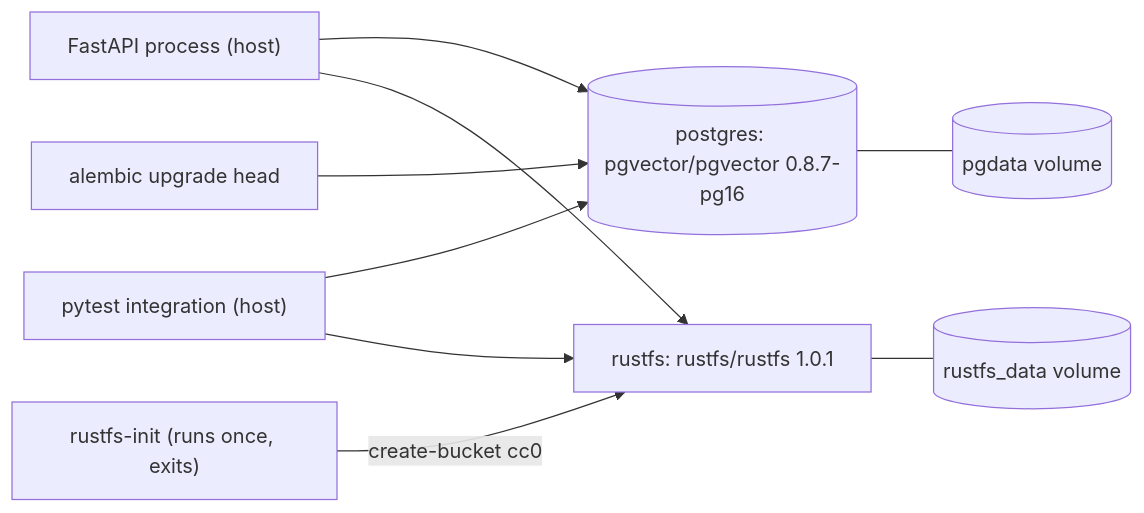
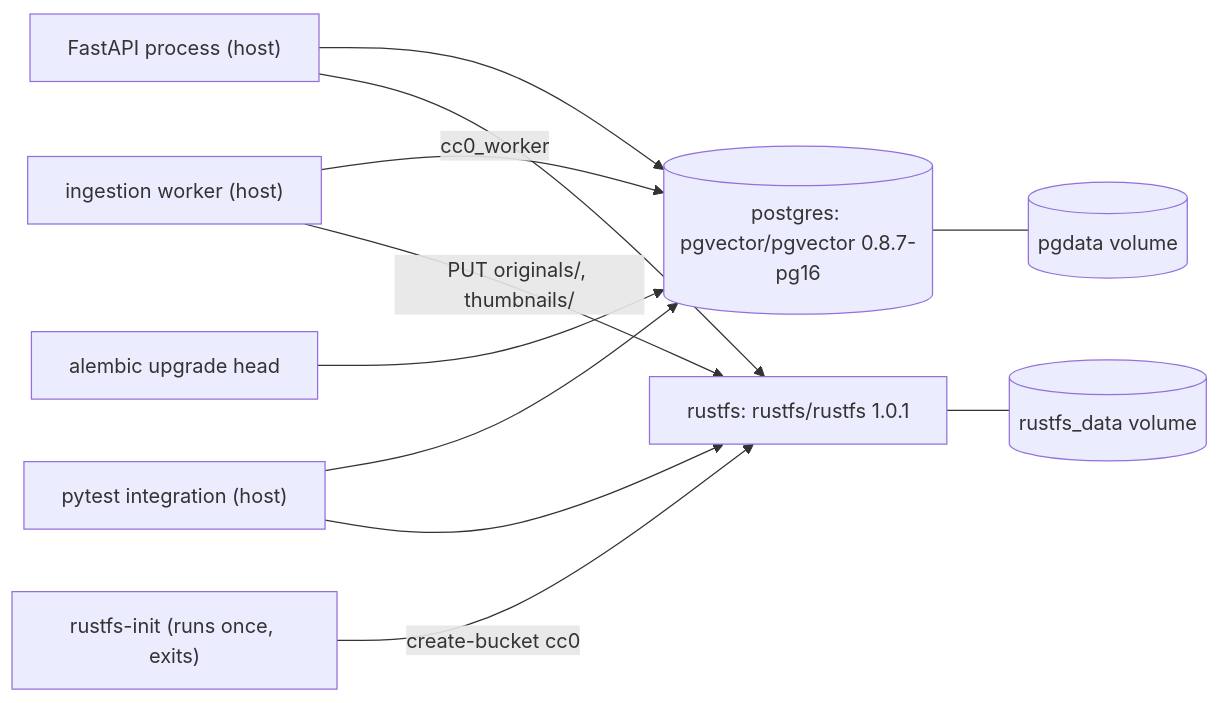
The diagram in docs/systems/storage.md (justinleski/cc0), drawn with Mermaid before and after one commit. The commit also changed other lines of this file and 8 other files, not shown here.

````diff
--- a/docs/systems/storage.md
+++ b/docs/systems/storage.md
@@ -19,11 +22,13 @@
 ```mermaid
 flowchart LR
   API["FastAPI process (host)"] --> PG[("postgres: pgvector/pgvector 0.8.7-pg16")]
   API --> FS["rustfs: rustfs/rustfs 1.0.1"]
+  WORKER["ingestion worker (host)"] -->|"cc0_worker"| PG
+  WORKER -->|"PUT originals/, thumbnails/"| FS
   TESTS["pytest integration (host)"] --> PG
   TESTS --> FS
   ALEMBIC["alembic upgrade head"] --> PG
   INIT["rustfs-init (runs once, exits)"] -->|"create-bucket cc0"| FS
   PG --- PGVOL[("pgdata volume")]
   FS --- FSVOL[("rustfs_data volume")]
 ```
````
